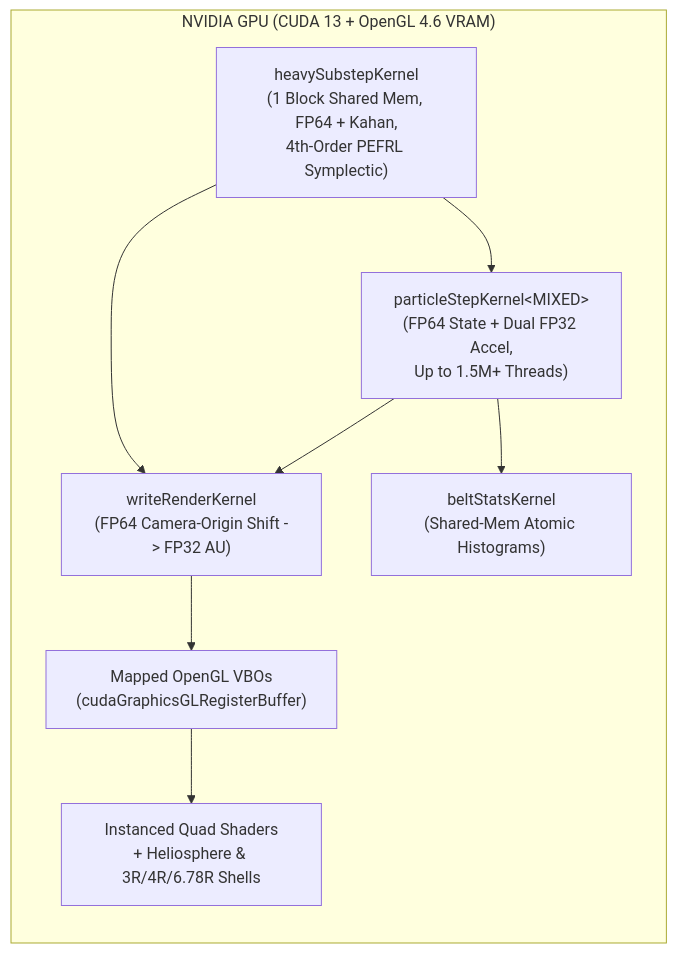
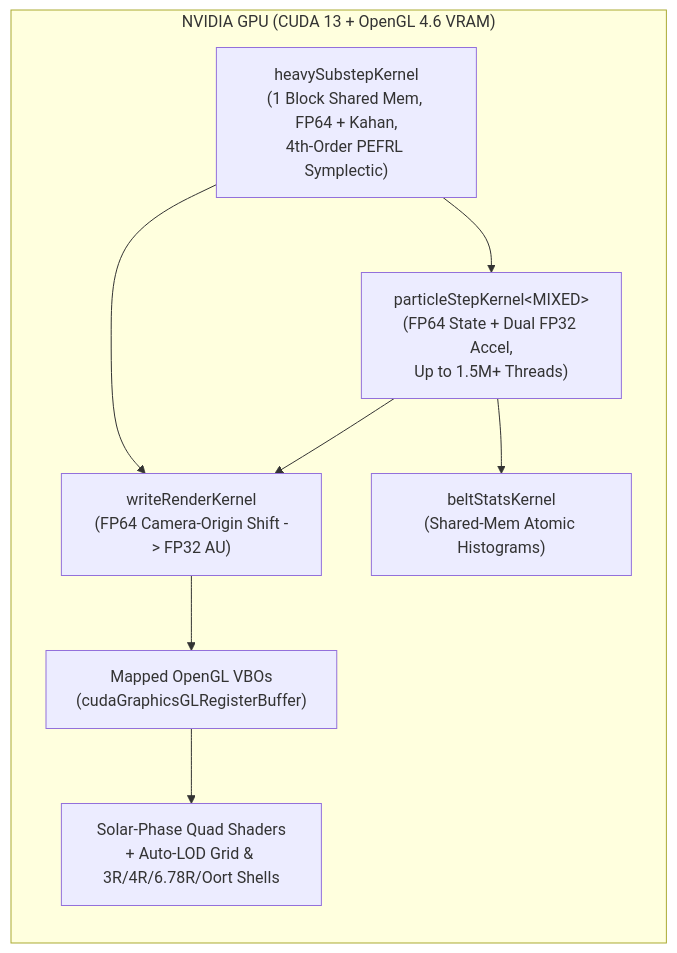
Before and after one commit to LoopBreacher/substrate_3d_n-body_sim: the diagram in README.md, drawn with Mermaid. The commit also changed other lines of this file and 9 other files, not shown here.

Commit message:
Synchronized J2000.0 Solar System Epoch, True Equatorial Moon Alignment, 12 New Passive Bodies (43 -> 55), Hills/Oort Cloud Population, Dynamic Solar Phase Lighting, Auto-LOD Grid & Emergent Lagrange Points (L1–L5)

````diff
--- a/README.md
+++ b/README.md
@@ -288,17 +296,17 @@
 ```mermaid
 flowchart LR
     subgraph GPU["NVIDIA GPU (CUDA 13 + OpenGL 4.6 VRAM)"]
         H["heavySubstepKernel<br/>(1 Block Shared Mem, FP64 + Kahan,<br/>4th-Order PEFRL Symplectic)"]
         P["particleStepKernel&lt;MIXED&gt;<br/>(FP64 State + Dual FP32 Accel,<br/>Up to 1.5M+ Threads)"]
         W["writeRenderKernel<br/>(FP64 Camera-Origin Shift -> FP32 AU)"]
         VBO["Mapped OpenGL VBOs<br/>(cudaGraphicsGLRegisterBuffer)"]
-        R["Instanced Quad Shaders<br/>+ Heliosphere &amp; 3R/4R/6.78R Shells"]
+        R["Solar-Phase Quad Shaders<br/>+ Auto-LOD Grid &amp; 3R/4R/6.78R/Oort Shells"]
         B["beltStatsKernel<br/>(Shared-Mem Atomic Histograms)"]
     end
 
     H --> P
     H --> W
     P --> W
     W --> VBO --> R
     P --> B
 ```
````
